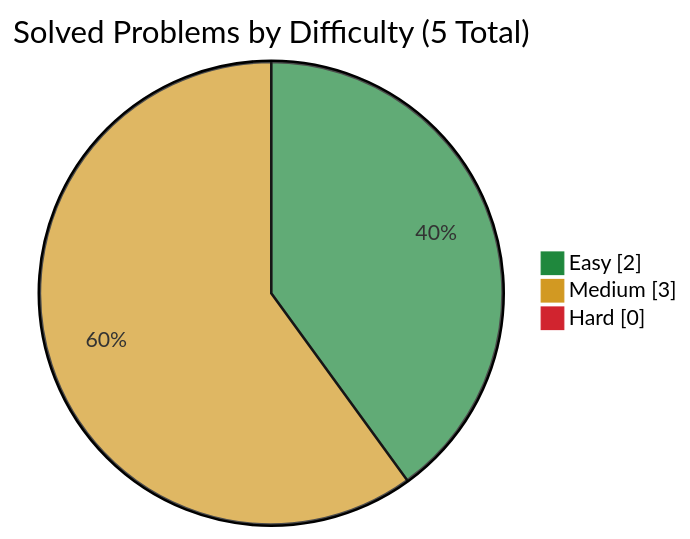
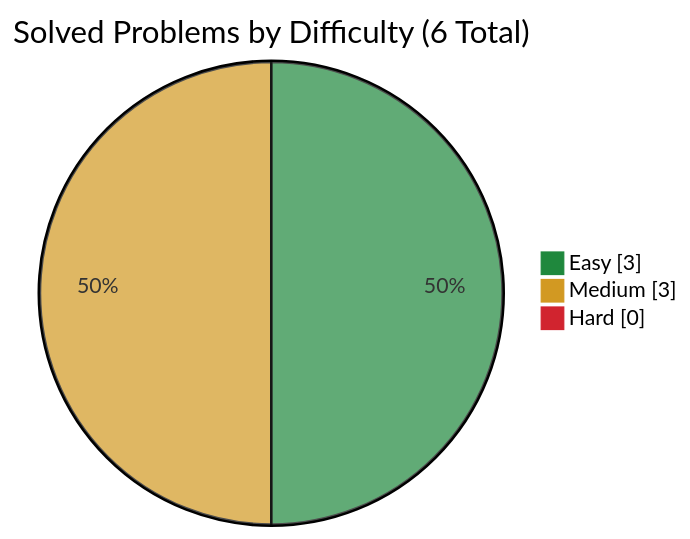
One commit to simonesiega/leetcode-solutions changed the diagram in companies/ibm/README.md. Above: the diagram before and after it, drawn with Mermaid. The commit also changed other lines of this file and 4 other files, not shown here.

````diff
--- a/companies/ibm/README.md
+++ b/companies/ibm/README.md
@@ -13,8 +13,8 @@
 ```mermaid
 %%{init: {"themeVariables": {"pie1": "#1f883d", "pie2": "#d29922", "pie3": "#d1242f"}}}%%
 pie showData
-    title Solved Problems by Difficulty (5 Total)
-    "Easy" : 2
+    title Solved Problems by Difficulty (6 Total)
+    "Easy" : 3
     "Medium" : 3
     "Hard" : 0
 ```
````
